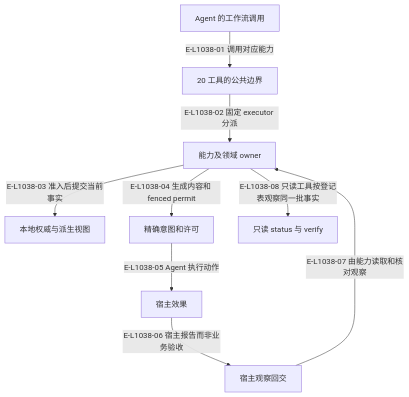
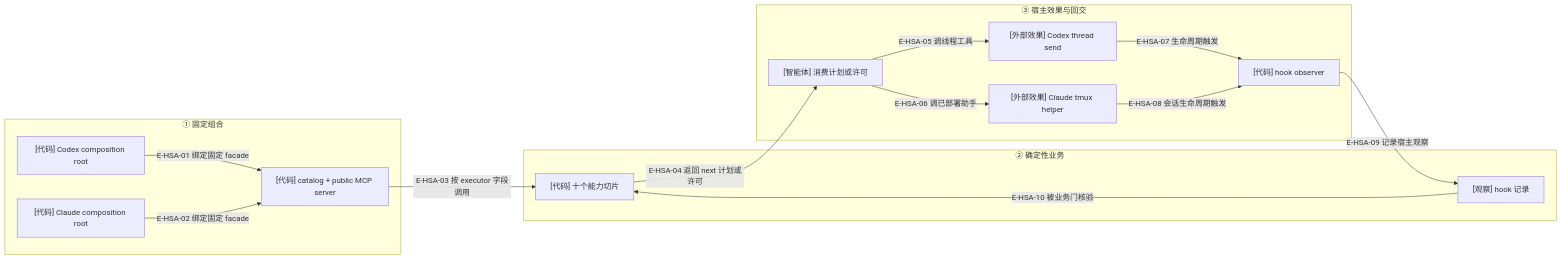
Before and after one commit to GxFn/Wakeflow: the diagram in wakeflow-architecture-atlas/maps/09-public-mcp-host-seams/README.md, drawn with Mermaid. The commit also changed other lines of this file and 76 other files, not shown here.

First line of the commit message:
docs(atlas): refresh architecture maps for the rc.5 codebase

````diff
--- a/wakeflow-architecture-atlas/maps/09-public-mcp-host-seams/README.md
+++ b/wakeflow-architecture-atlas/maps/09-public-mcp-host-seams/README.md
@@ -200,21 +61,30 @@
 ```mermaid
-flowchart TB
-  accTitle: 内容与状态通道的分工
-  accDescr: 内容与状态通道的分工；箭头区分当前代码步骤、返回事实与明确的条件。
-  agent["Agent 的工作流调用"]
-  mcp["20 工具的公共边界"]
-  caps["能力及领域 owner"]
-  local["本地权威与派生视图"]
-  permit["精确意图和许可"]
-  host["宿主效果"]
-  hook["宿主观察回交"]
-  read["只读 status 与 verify"]
-  agent -->|"E-L1038-01 调用对应能力"| mcp
-  mcp -->|"E-L1038-02 固定 executor 分派"| caps
-  caps -->|"E-L1038-03 准入后提交当前事实"| local
-  caps -->|"E-L1038-04 生成内容和 fenced permit"| permit
-  permit -->|"E-L1038-05 Agent 执行动作"| host
-  host -->|"E-L1038-06 宿主报告而非业务验收"| hook
-  hook -->|"E-L1038-07 由能力读取和核对观察"| caps
-  caps -->|"E-L1038-08 只读工具按登记表观察同一批事实"| read
+flowchart LR
+  accTitle: 公共协议与两个宿主的责任边界
+  accDescr: 两个入口绑定同一公共目录与不同固定宿主 facade，MCP 处理协议并调用领域 owner；智能体按返回合同执行宿主动作，hook 观察再被领域消费。
+  subgraph COMPOSITION["① 固定组合"]
+    C["[代码] Codex composition root"]
+    K["[代码] Claude composition root"]
+    R["[代码] catalog + public MCP server"]
+  end
+  subgraph B["② 确定性业务"]
+    D["[代码] 十个能力切片"]
+    O["[观察] hook 记录"]
+  end
+  subgraph E["③ 宿主效果与回交"]
+    A["[智能体] 消费计划或许可"]
+    T["[外部效果] Codex thread send"]
+    H["[外部效果] Claude tmux helper"]
+    Q["[代码] hook observer"]
+  end
+  C -->|"E-HSA-01 绑定固定 facade"| R
+  K -->|"E-HSA-02 绑定固定 facade"| R
+  R -->|"E-HSA-03 按 executor 字段调用"| D
+  D -->|"E-HSA-04 返回 next 计划或许可"| A
+  A -->|"E-HSA-05 调线程工具"| T
+  A -->|"E-HSA-06 调已部署助手"| H
+  T -->|"E-HSA-07 生命周期触发"| Q
+  H -->|"E-HSA-08 会话生命周期触发"| Q
+  Q -->|"E-HSA-09 记录宿主观察"| O
+  O -->|"E-HSA-10 被业务门核验"| D
 ```
````
